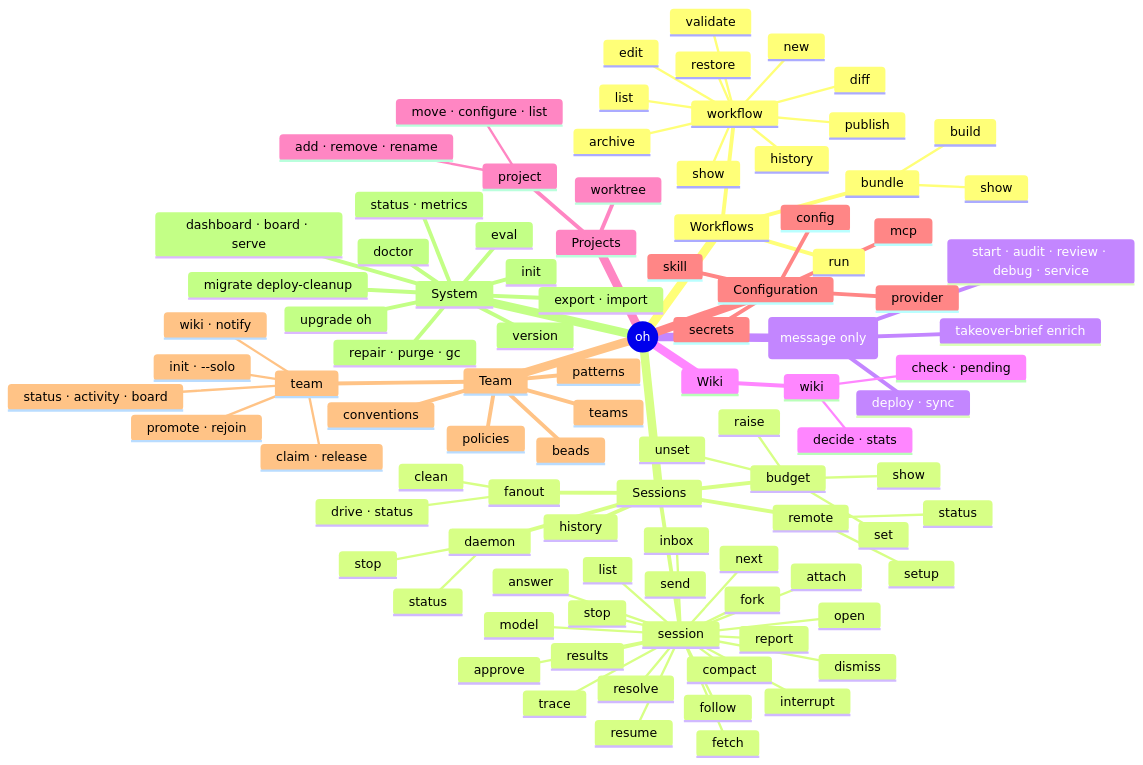
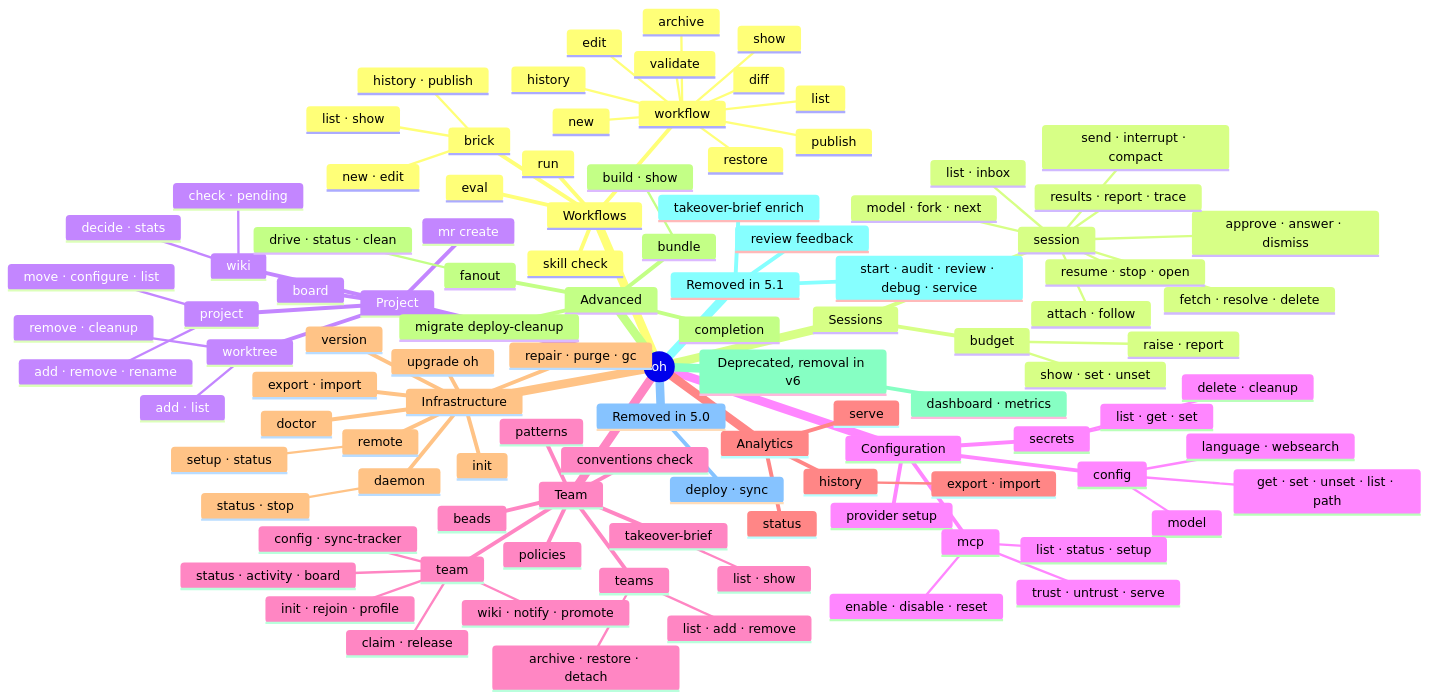
Before and after one commit to datichb/openhub: the diagram in docs/diagrams/cli-command-tree.mermaid, drawn with Mermaid.

Commit message:
docs(diagrams): cli-command-tree follows the real tree of 5.1 (dashboard and metrics deprecated, removed commands grouped) (v5.1)

```diff
--- a/docs/diagrams/cli-command-tree.mermaid
+++ b/docs/diagrams/cli-command-tree.mermaid
@@ -1,102 +1,111 @@
-%% OpenHub -- CLI command tree (v5)
-%% oh commands grouped by domain (from `oh --help` and the cobra tree).
-%% Deprecated aliases of `oh run` are listed under "Aliases (deprecated)".
+%% OpenHub -- CLI command tree (v5.1)
+%% oh commands grouped by the sections of `oh --help` (checked against `oh help --all`).
+%% "Deprecated" commands still work and warn (removal in v6); "Removed" names
+%% only answer with their replacement and exit with code 2.
 
 mindmap
   root((oh))
     Workflows
       run
       workflow
         list
         show
         validate
         new
         edit
         diff
         publish
         history
         restore
         archive
-      bundle
-        build
-        show
+      brick
+        list · show
+        new · edit
+        history · publish
+      skill check
+      eval
     Sessions
       session
-        list
-        inbox
-        attach
-        follow
-        approve
-        answer
-        dismiss
-        send
-        interrupt
-        compact
-        model
-        fork
-        results
-        next
-        report
-        trace
-        resume
-        stop
-        open
-        fetch
-        resolve
-      fanout
-        drive · status
-        clean
+        list · inbox
+        attach · follow
+        approve · answer · dismiss
+        send · interrupt · compact
+        model · fork · next
+        results · report · trace
+        resume · stop · open
+        fetch · resolve · delete
       budget
-        show
-        set
-        unset
-        raise
-      daemon
-        status
-        stop
-      remote
-        setup
-        status
-      history
-    Removed (message only)
-      start · audit · review · debug · service
-      takeover-brief enrich
-      deploy · sync
-    Wiki
-      wiki
-        check · pending
-        decide · stats
-    Projects
+        show · set · unset
+        raise · report
+    Project
       project
         add · remove · rename
         move · configure · list
       worktree
+        add · list
+        remove · cleanup
+      mr create
+      board
+      wiki
+        check · pending
+        decide · stats
     Configuration
       config
-      provider
+        get · set · unset · list · path
+        language · websearch
+        model
+      provider setup
       mcp
+        list · status · setup
+        enable · disable · reset
+        trust · untrust · serve
       secrets
-      skill
+        list · get · set
+        delete · cleanup
     Team
       team
-        init · --solo
-        promote · rejoin
+        init · rejoin · profile
         status · activity · board
         claim · release
-        wiki · notify
+        config · sync-tracker
+        wiki · notify · promote
       teams
+        list · add · remove
+        archive · restore · detach
       policies
       patterns
-      conventions
+      conventions check
       beads
-    System
+      takeover-brief
+        list · show
+    Analytics
+      status
+      history
+        export · import
+      serve
+    Infrastructure
       init
       doctor
-      status · metrics
-      dashboard · board · serve
+      repair · purge · gc
       export · import
-      repair · purge · gc
-      eval
+      upgrade oh
+      daemon
+        status · stop
+      remote
+        setup · status
+      version
+    Advanced
+      bundle
+        build · show
+      fanout
+        drive · status · clean
       migrate deploy-cleanup
-      upgrade oh
-      version
+      completion
+    Deprecated, removal in v6
+      dashboard · metrics
+    Removed in 5.1
+      start · audit · review · debug · service
+      review feedback
+      takeover-brief enrich
+    Removed in 5.0
+      deploy · sync
```
